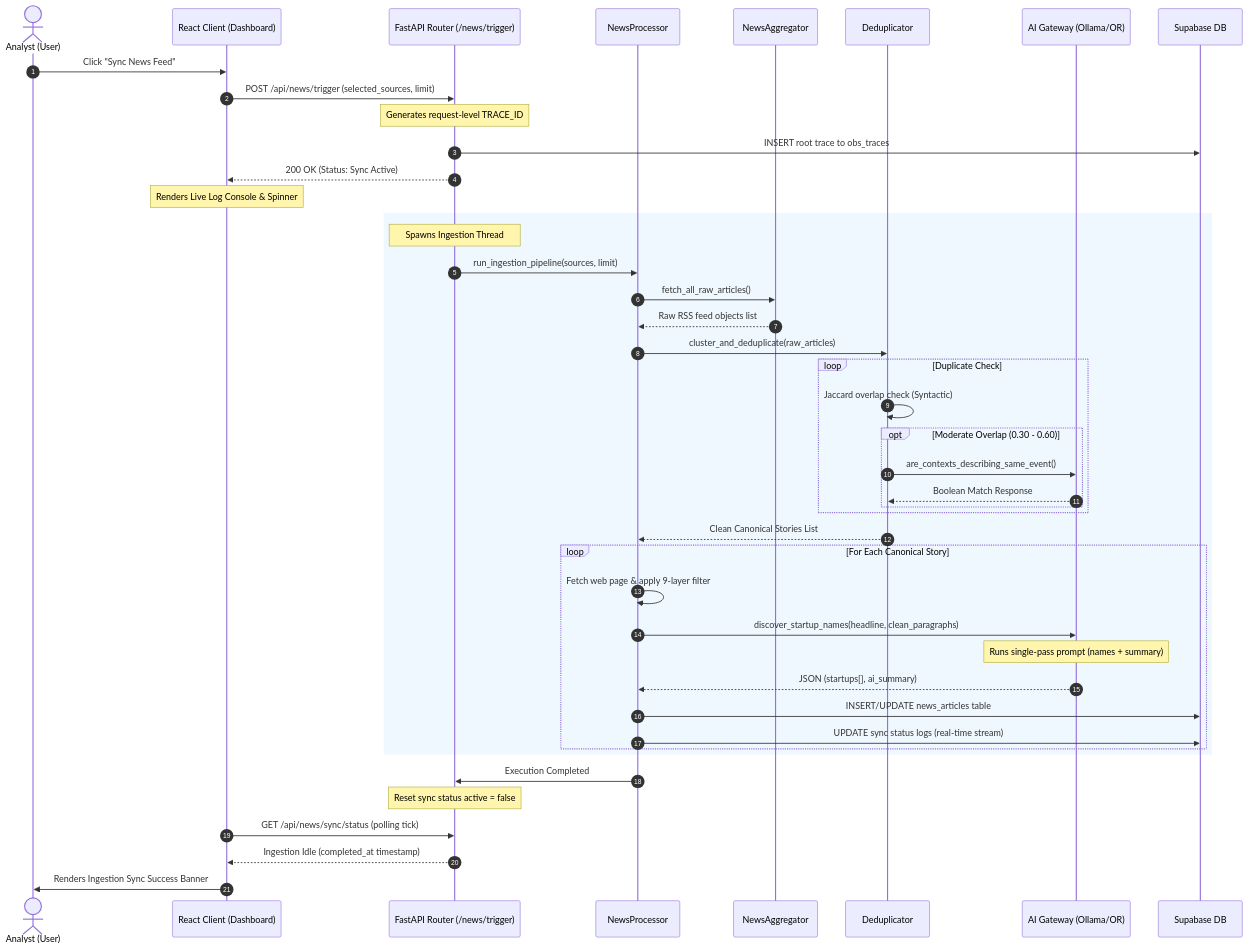
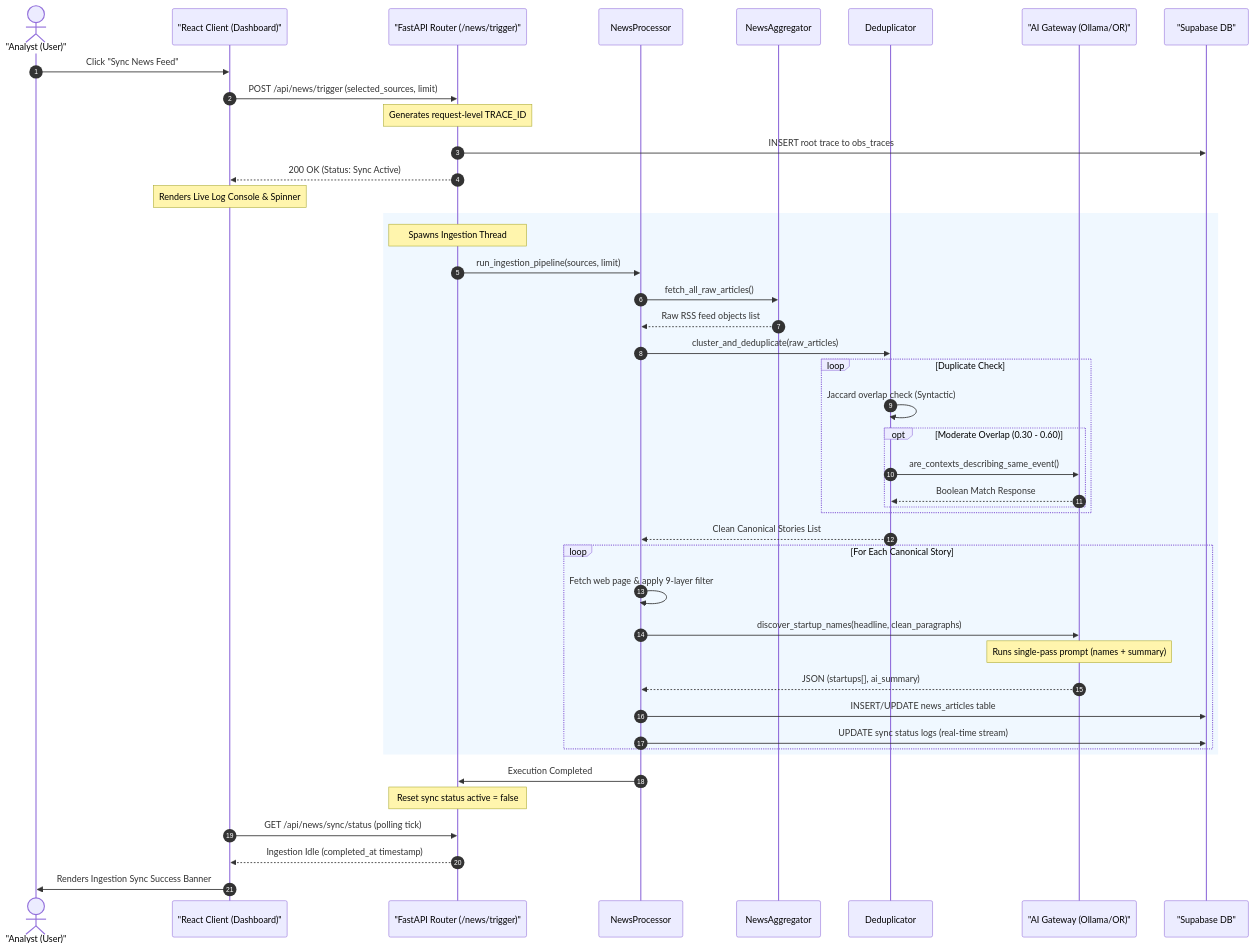
One commit to anuragbhayalprojects/startup-intelligence changed the first of 2 diagrams in docs/system-architecture/request-lifecycle.md. Above: the diagram before and after it, drawn with Mermaid. The commit also changed other lines of this file and 5 other files, not shown here.

Commit message:
docs: secure special characters and quote node labels inside Mermaid diagrams to avoid rendering errors

````diff
--- a/docs/system-architecture/request-lifecycle.md
+++ b/docs/system-architecture/request-lifecycle.md
@@ -13,51 +13,51 @@
 ```mermaid
 sequenceDiagram
     autonumber
-    actor User as Analyst (User)
-    participant UI as React Client (Dashboard)
-    participant API as FastAPI Router (/news/trigger)
+    actor User as "Analyst (User)"
+    participant UI as "React Client (Dashboard)"
+    participant API as "FastAPI Router (/news/trigger)"
     participant Proc as NewsProcessor
     participant Agg as NewsAggregator
     participant Dedup as Deduplicator
-    participant GW as AI Gateway (Ollama/OR)
-    participant DB as Supabase DB
+    participant GW as "AI Gateway (Ollama/OR)"
+    participant DB as "Supabase DB"
 
     User->>UI: Click "Sync News Feed"
     UI->>API: POST /api/news/trigger (selected_sources, limit)
     Note over API: Generates request-level TRACE_ID
     API->>DB: INSERT root trace to obs_traces
     API-->>UI: 200 OK (Status: Sync Active)
     Note over UI: Renders Live Log Console & Spinner
     
     rect rgb(240, 248, 255)
         Note over API: Spawns Ingestion Thread
         API->>Proc: run_ingestion_pipeline(sources, limit)
         Proc->>Agg: fetch_all_raw_articles()
         Agg-->>Proc: Raw RSS feed objects list
         Proc->>Dedup: cluster_and_deduplicate(raw_articles)
         
         loop Duplicate Check
             Dedup->>Dedup: Jaccard overlap check (Syntactic)
             opt Moderate Overlap (0.30 - 0.60)
                 Dedup->>GW: are_contexts_describing_same_event()
                 GW-->>Dedup: Boolean Match Response
             end
         end
         Dedup-->>Proc: Clean Canonical Stories List
         
         loop For Each Canonical Story
             Proc->>Proc: Fetch web page & apply 9-layer filter
             Proc->>GW: discover_startup_names(headline, clean_paragraphs)
             Note over GW: Runs single-pass prompt (names + summary)
             GW-->>Proc: JSON (startups[], ai_summary)
             Proc->>DB: INSERT/UPDATE news_articles table
             Proc->>DB: UPDATE sync status logs (real-time stream)
         end
     end
     
     Proc->>API: Execution Completed
     Note over API: Reset sync status active = false
     UI->>API: GET /api/news/sync/status (polling tick)
     API-->>UI: Ingestion Idle (completed_at timestamp)
     UI->>User: Renders Ingestion Sync Success Banner
 ```
````
